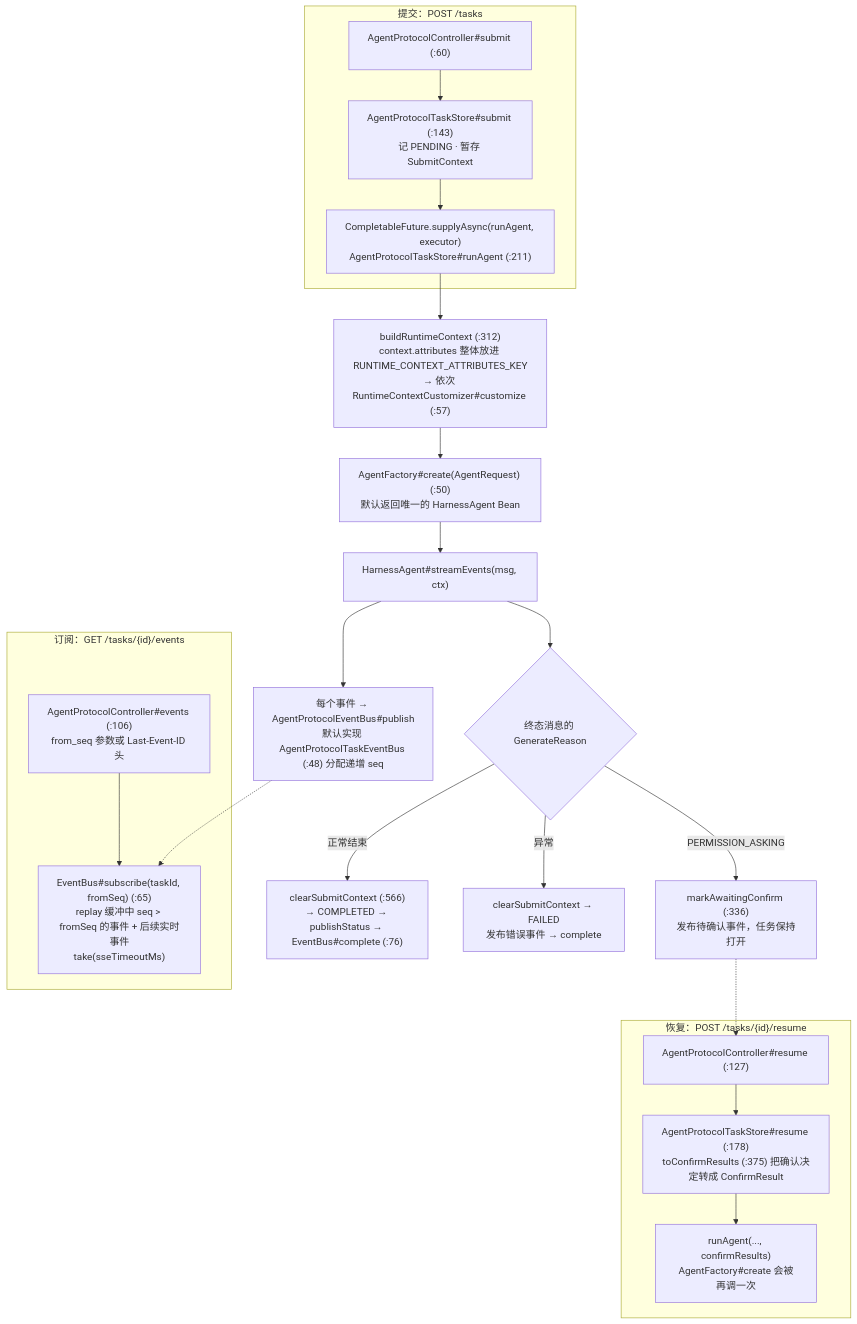
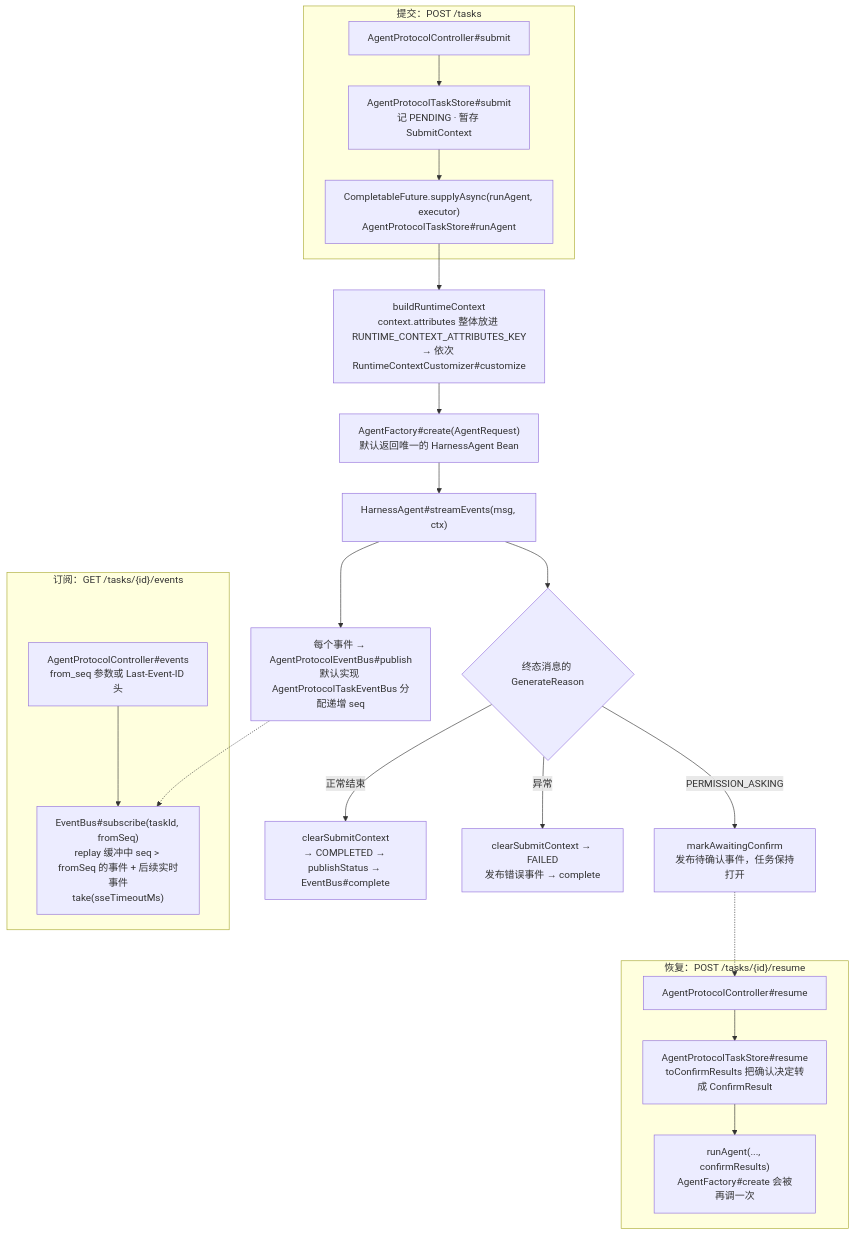
Before and after one commit to liulangjietou/AgentScope-source-analysis: the third of 4 diagrams in 08-扩展生态.md, drawn with Mermaid. The commit also changed other lines of this file and 13 other files, not shown here.

Commit message:
docs: align source guide and diagrams with main dcb131a3

````diff
--- a/08-扩展生态.md
+++ b/08-扩展生态.md
@@ -182,24 +184,24 @@
 ```mermaid
 flowchart TB
     subgraph SUBMIT["提交：POST /tasks"]
-        C1["AgentProtocolController#submit (:60)"] --> S1["AgentProtocolTaskStore#submit (:143)<br/>记 PENDING · 暂存 SubmitContext"]
-        S1 --> RA["CompletableFuture.supplyAsync(runAgent, executor)<br/>AgentProtocolTaskStore#runAgent (:211)"]
+        C1["AgentProtocolController#submit"] --> S1["AgentProtocolTaskStore#submit<br/>记 PENDING · 暂存 SubmitContext"]
+        S1 --> RA["CompletableFuture.supplyAsync(runAgent, executor)<br/>AgentProtocolTaskStore#runAgent"]
     end
-    RA --> RC["buildRuntimeContext (:312)<br/>context.attributes 整体放进 RUNTIME_CONTEXT_ATTRIBUTES_KEY<br/>→ 依次 RuntimeContextCustomizer#customize (:57)"]
-    RC --> AF["AgentFactory#create(AgentRequest) (:50)<br/>默认返回唯一的 HarnessAgent Bean"]
+    RA --> RC["buildRuntimeContext<br/>context.attributes 整体放进 RUNTIME_CONTEXT_ATTRIBUTES_KEY<br/>→ 依次 RuntimeContextCustomizer#customize"]
+    RC --> AF["AgentFactory#create(AgentRequest)<br/>默认返回唯一的 HarnessAgent Bean"]
     AF --> SE["HarnessAgent#streamEvents(msg, ctx)"]
-    SE --> PUB["每个事件 → AgentProtocolEventBus#publish<br/>默认实现 AgentProtocolTaskEventBus (:48) 分配递增 seq"]
+    SE --> PUB["每个事件 → AgentProtocolEventBus#publish<br/>默认实现 AgentProtocolTaskEventBus 分配递增 seq"]
     SE --> END{"终态消息的 GenerateReason"}
-    END -->|"PERMISSION_ASKING"| AW["markAwaitingConfirm (:336)<br/>发布待确认事件，任务保持打开"]
-    END -->|"正常结束"| DONE["clearSubmitContext (:566)<br/>→ COMPLETED → publishStatus → EventBus#complete (:76)"]
+    END -->|"PERMISSION_ASKING"| AW["markAwaitingConfirm<br/>发布待确认事件，任务保持打开"]
+    END -->|"正常结束"| DONE["clearSubmitContext<br/>→ COMPLETED → publishStatus → EventBus#complete"]
     END -->|"异常"| FAILED["clearSubmitContext → FAILED<br/>发布错误事件 → complete"]
     subgraph EVENTS["订阅：GET /tasks/{id}/events"]
-        C2["AgentProtocolController#events (:106)<br/>from_seq 参数或 Last-Event-ID 头"] --> SUB["EventBus#subscribe(taskId, fromSeq) (:65)<br/>replay 缓冲中 seq > fromSeq 的事件 + 后续实时事件<br/>take(sseTimeoutMs)"]
+        C2["AgentProtocolController#events<br/>from_seq 参数或 Last-Event-ID 头"] --> SUB["EventBus#subscribe(taskId, fromSeq)<br/>replay 缓冲中 seq > fromSeq 的事件 + 后续实时事件<br/>take(sseTimeoutMs)"]
     end
     subgraph RESUME["恢复：POST /tasks/{id}/resume"]
-        C3["AgentProtocolController#resume (:127)"] --> S3["AgentProtocolTaskStore#resume (:178)<br/>toConfirmResults (:375) 把确认决定转成 ConfirmResult"]
+        C3["AgentProtocolController#resume"] --> S3["AgentProtocolTaskStore#resume<br/>toConfirmResults 把确认决定转成 ConfirmResult"]
         S3 --> RA2["runAgent(..., confirmResults)<br/>AgentFactory#create 会被再调一次"]
     end
     PUB -.-> SUB
     AW -.-> C3
 ```
````
